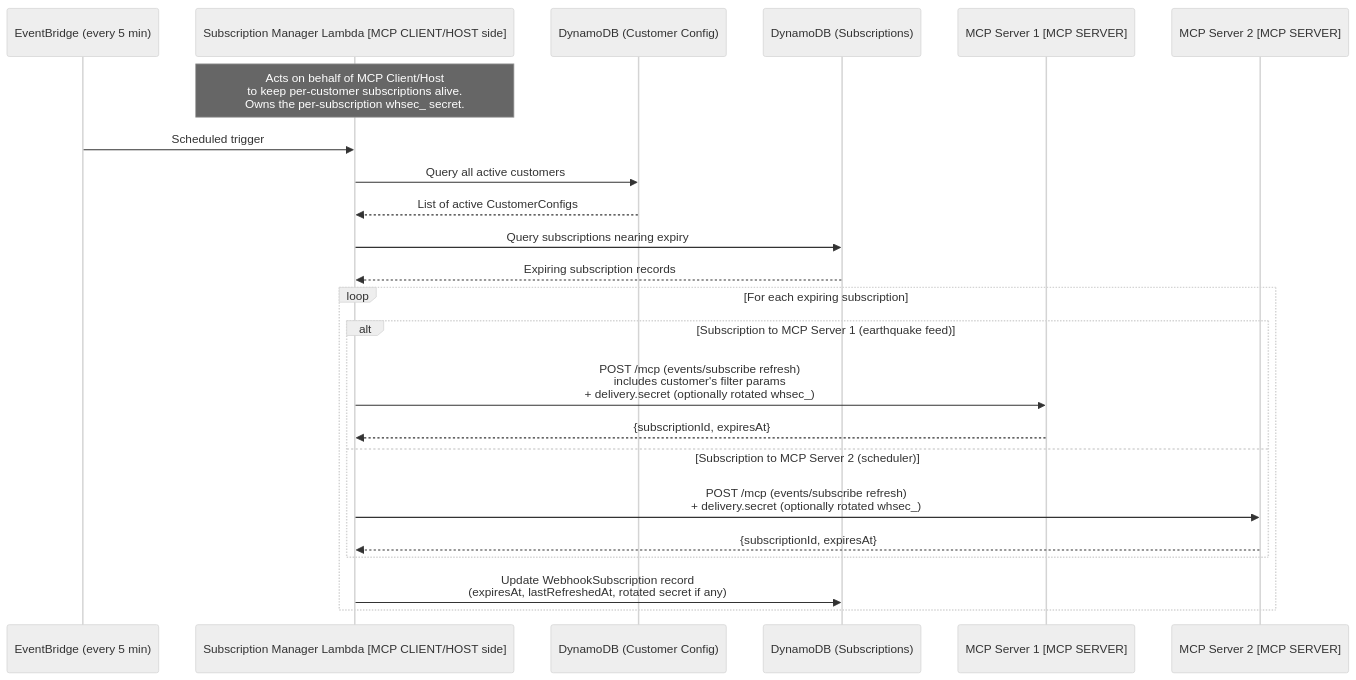
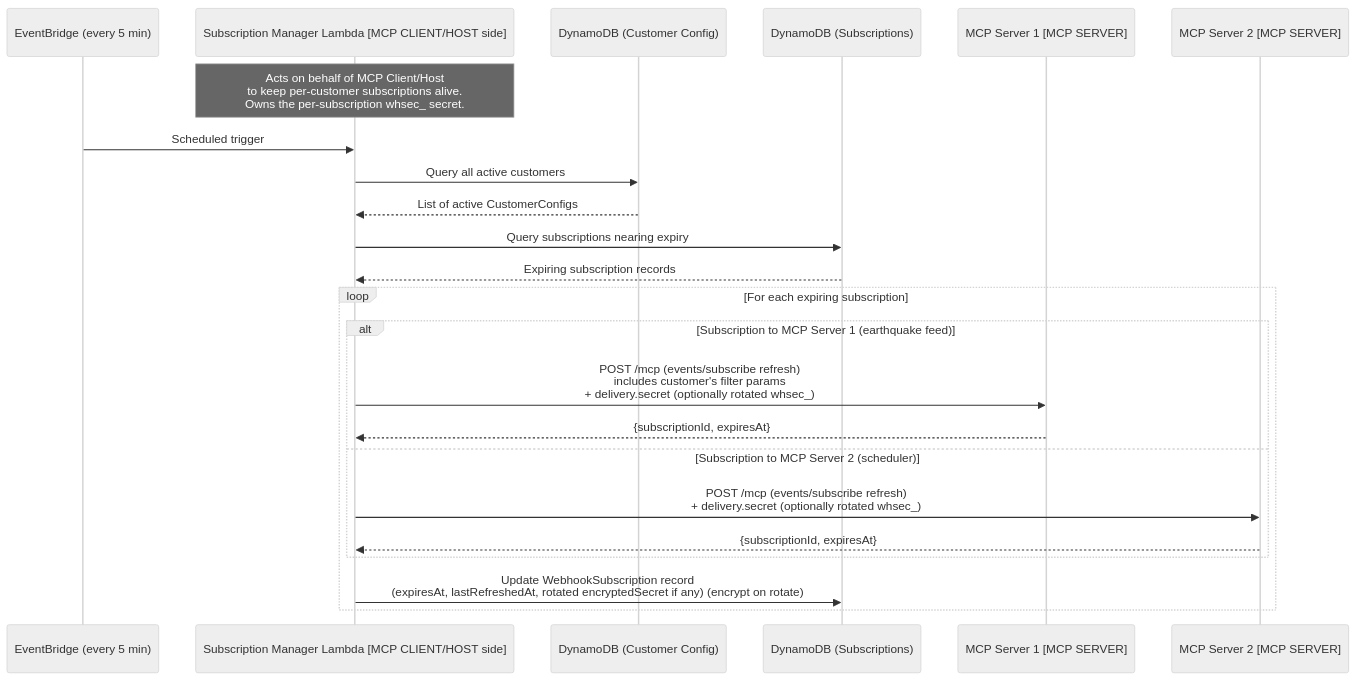
Before and after one commit to clareliguori/mcp-triggers-events-samples: diagram 11 of 12 in .kiro/specs/mcp-events-serverless-agent/design.md, drawn with Mermaid (neutral theme). The commit also changed other lines of this file and 15 other files, not shown here.

````diff
--- a/.kiro/specs/mcp-events-serverless-agent/design.md
+++ b/.kiro/specs/mcp-events-serverless-agent/design.md
@@ -329,28 +329,28 @@
 ```mermaid
 sequenceDiagram
     participant EB as EventBridge (every 5 min)
     participant Sub as Subscription Manager Lambda [MCP CLIENT/HOST side]
     participant DDB_CFG as DynamoDB (Customer Config)
     participant DDB_SUB as DynamoDB (Subscriptions)
     participant MCP1 as MCP Server 1 [MCP SERVER]
     participant MCP2 as MCP Server 2 [MCP SERVER]
 
     Note over Sub: Acts on behalf of MCP Client/Host<br/>to keep per-customer subscriptions alive.<br/>Owns the per-subscription whsec_ secret.
 
     EB->>Sub: Scheduled trigger
     Sub->>DDB_CFG: Query all active customers
     DDB_CFG-->>Sub: List of active CustomerConfigs
     Sub->>DDB_SUB: Query subscriptions nearing expiry
     DDB_SUB-->>Sub: Expiring subscription records
 
     loop For each expiring subscription
         alt Subscription to MCP Server 1 (earthquake feed)
             Sub->>MCP1: POST /mcp (events/subscribe refresh)<br/>includes customer's filter params<br/>+ delivery.secret (optionally rotated whsec_)
             MCP1-->>Sub: {subscriptionId, expiresAt}
         else Subscription to MCP Server 2 (scheduler)
             Sub->>MCP2: POST /mcp (events/subscribe refresh)<br/>+ delivery.secret (optionally rotated whsec_)
             MCP2-->>Sub: {subscriptionId, expiresAt}
         end
-        Sub->>DDB_SUB: Update WebhookSubscription record<br/>(expiresAt, lastRefreshedAt, rotated secret if any)
+        Sub->>DDB_SUB: Update WebhookSubscription record<br/>(expiresAt, lastRefreshedAt, rotated encryptedSecret if any) (encrypt on rotate)
     end
 ```
````
